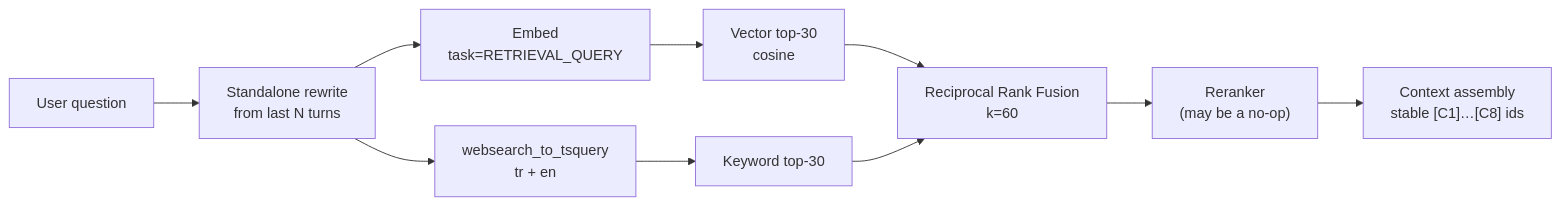
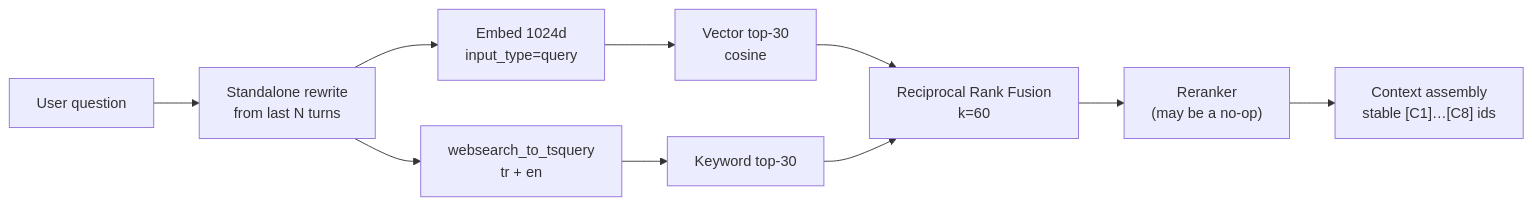
Before and after one commit to bilalgurkansanli/BioPolicy: the third of 4 diagrams in docs/ARCHITECTURE.md, drawn with Mermaid. The commit also changed other lines of this file and 3 other files, not shown here.

````diff
--- a/docs/ARCHITECTURE.md
+++ b/docs/ARCHITECTURE.md
@@ -112,15 +129,15 @@
 ```mermaid
 flowchart LR
     Q["User question"] --> RW["Standalone rewrite<br/>from last N turns"]
-    RW --> EMB["Embed<br/>task=RETRIEVAL_QUERY"]
+    RW --> EMB["Embed 1024d<br/>input_type=query"]
     RW --> FTS["websearch_to_tsquery<br/>tr + en"]
 
     EMB --> VEC["Vector top-30<br/>cosine"]
     FTS --> KW["Keyword top-30"]
 
     VEC --> RRF["Reciprocal Rank Fusion<br/>k=60"]
     KW --> RRF
 
     RRF --> RR["Reranker<br/>(may be a no-op)"]
     RR --> CTX["Context assembly<br/>stable [C1]…[C8] ids"]
 ```
````
